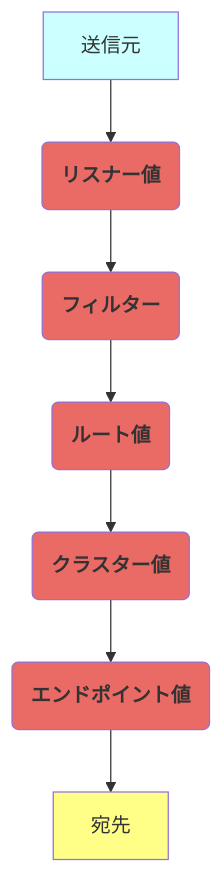
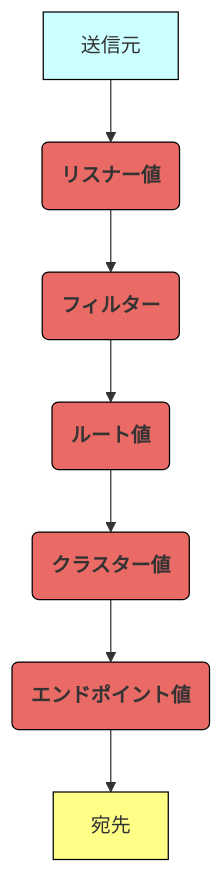
Before and after one commit to hiroki-it/hatenablog: the fourth of 4 diagrams in dist/entry/2024/01/08/161432.md, drawn with Mermaid. The commit also changed other lines of this file, not shown here.

````diff
--- a/dist/entry/2024/01/08/161432.md
+++ b/dist/entry/2024/01/08/161432.md
@@ -295,18 +295,18 @@
 ```mermaid
 flowchart TD
     送信元 --> リスナー値
     リスナー値(リスナー値) --> フィルター
     フィルター(フィルター) --> ルート値
     ルート値(ルート値) --> クラスター値
     クラスター値(クラスター値) --> エンドポイント値
     エンドポイント値(エンドポイント値) --> 宛先
 
-    classDef sly fill :#CCFFFF;
+    classDef sly fill :#CCFFFF, stroke: black;
     class 送信元 sly
 
-    classDef yellow fill :#FFFF88;
+    classDef yellow fill :#FFFF88, stroke: black;
     class 宛先 yellow
 
-    classDef red fill :#EA6B66, font-weight :bold
+    classDef red fill :#EA6B66, font-weight :bold, stroke: black;
     class リスナー値,フィルター,ルート値,クラスター値,エンドポイント値 red
 ```
````
